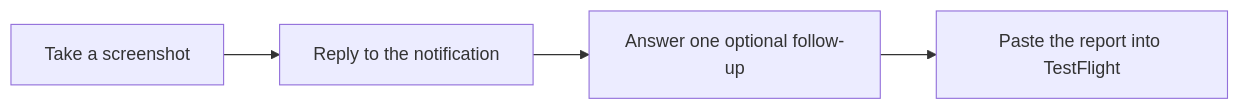
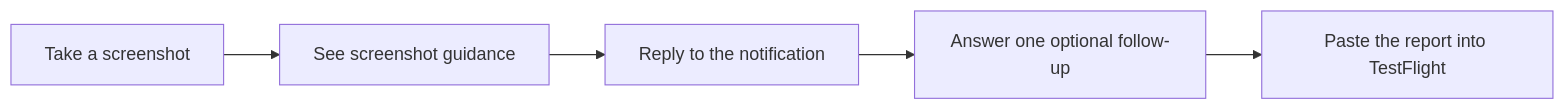
Before and after one commit to AndreasInk/BetaKit: the diagram in README.md, drawn with Mermaid. The commit also changed other lines of this file and 3 other files, not shown here.

Commit message:
Send screenshot notification after guidance

````diff
--- a/README.md
+++ b/README.md
@@ -13,6 +13,7 @@
 ```mermaid
 flowchart LR
-    A[Take a screenshot] --> B[Reply to the notification]
-    B --> C[Answer one optional follow-up]
-    C --> D[Paste the report into TestFlight]
+    A[Take a screenshot] --> B[See screenshot guidance]
+    B --> C[Reply to the notification]
+    C --> D[Answer one optional follow-up]
+    D --> E[Paste the report into TestFlight]
 ```
````
